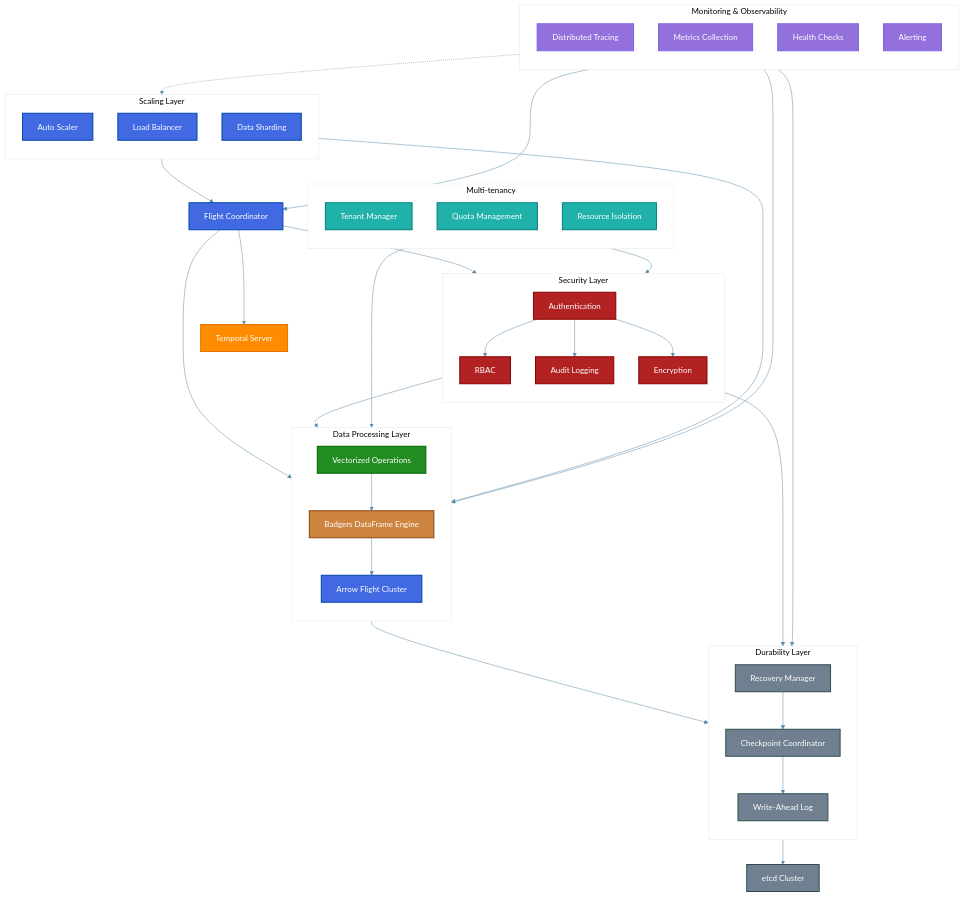
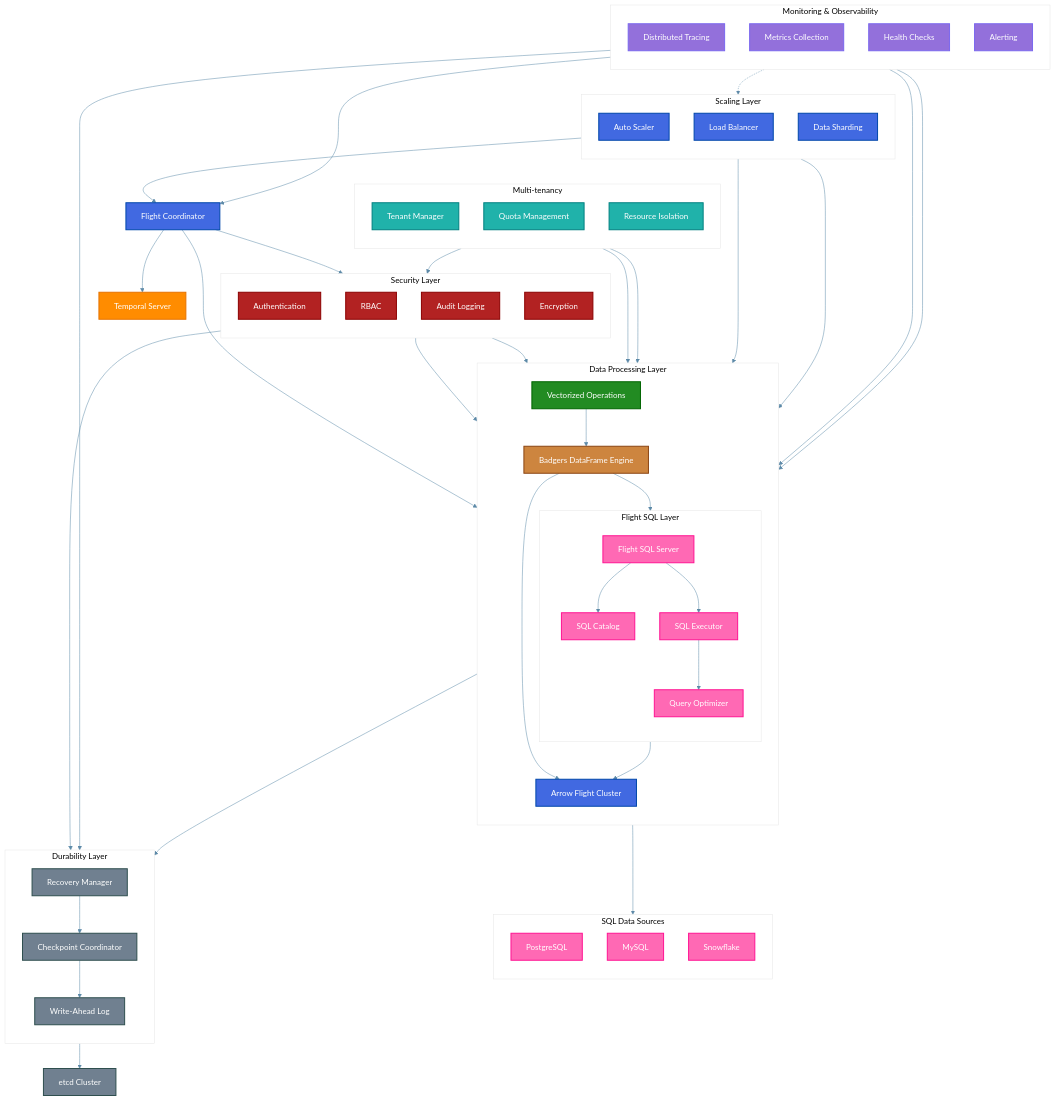
One commit to TFMV/temporal changed the fourth of 4 diagrams in art/spec.md. Above: the diagram before and after it, drawn with Mermaid. The commit also changed other lines of this file and 1 other file, not shown here.

Commit message:
Add SQL Layer

````diff
--- a/art/spec.md
+++ b/art/spec.md
@@ -475,6 +475,7 @@
     classDef monitoring fill:#9370DB,stroke:#7B68EE,stroke-width:2px,color:white
     classDef tenancy fill:#20B2AA,stroke:#008080,stroke-width:2px,color:white
     classDef badgers fill:#CD853F,stroke:#8B4513,stroke-width:2px,color:white
+    classDef sql fill:#FF69B4,stroke:#FF1493,stroke-width:2px,color:white
 
     %% Core Components
     FC["Flight Coordinator"]:::flight
@@ -496,6 +497,23 @@
         AF["Arrow Flight Cluster"]:::flight
         BD["Badgers DataFrame Engine"]:::badgers
         VECT["Vectorized Operations"]:::arrow
+        
+        %% Flight SQL Components
+        subgraph FlightSQL ["Flight SQL Layer"]
+            direction TB
+            FSQL["Flight SQL Server"]:::sql
+            FCAT["SQL Catalog"]:::sql
+            FEXEC["SQL Executor"]:::sql
+            FOPT["Query Optimizer"]:::sql
+        end
+    end
+
+    %% SQL Data Sources
+    subgraph DataSources ["SQL Data Sources"]
+        direction TB
+        PG["PostgreSQL"]:::sql
+        MYSQL["MySQL"]:::sql
+        SNOW["Snowflake"]:::sql
     end
 
     %% Durability Layer
@@ -537,10 +555,19 @@
     Processing --> Durability
     Durability --> ETCD
 
+    %% Flight SQL Integration
+    FlightSQL --> DataSources
+    FlightSQL --> AF
+    BD --> FlightSQL
+    FSQL --> FCAT
+    FSQL --> FEXEC
+    FEXEC --> FOPT
+
     %% Security Integration
     FC --> Security
     Security --> Processing
     Security --> Durability
+    Security --> FlightSQL
 
     %% Processing Layer Detail
     VECT --> BD
@@ -554,18 +581,16 @@
     Monitoring --> FC
     Monitoring --> Processing
     Monitoring --> Durability
+    Monitoring --> FlightSQL
 
     %% Scaling Connections
     Scaling --> FC
     Scaling --> Processing
+    Scaling --> FlightSQL
     METRIC -.-> AS
 
     %% Multi-tenancy Connections
     Tenancy --> Security
     Tenancy --> Processing
-
-    %% Security Layer Management
-    AUTH --> RBAC
-    AUTH --> AUDIT
-    AUTH --> ENCRYPT
+    Tenancy --> FlightSQL
 ```
````
